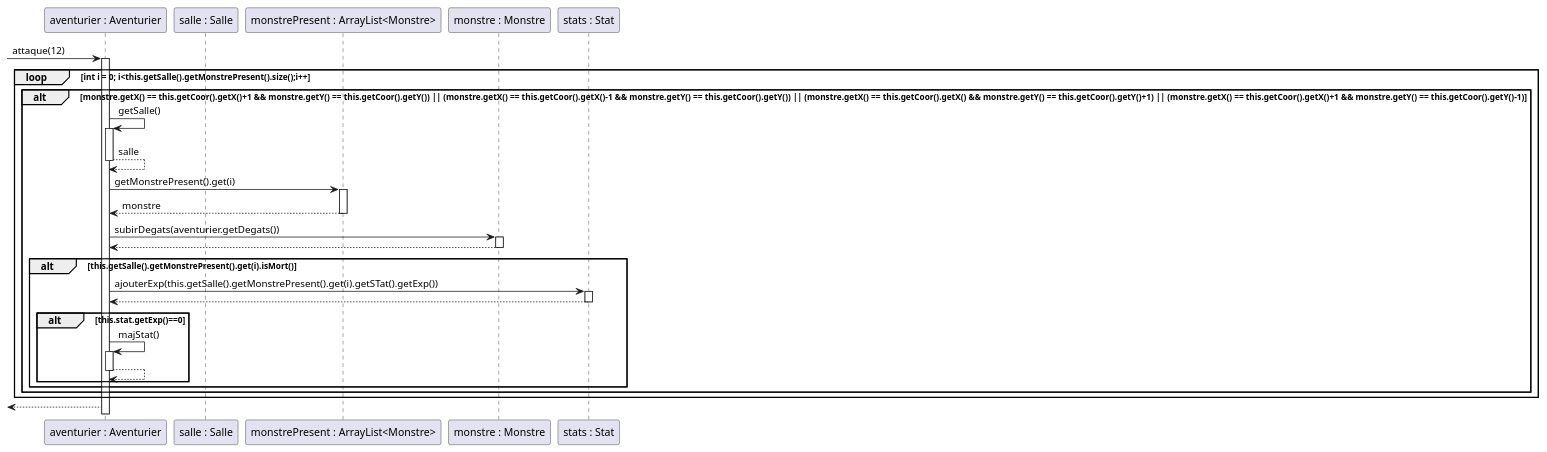
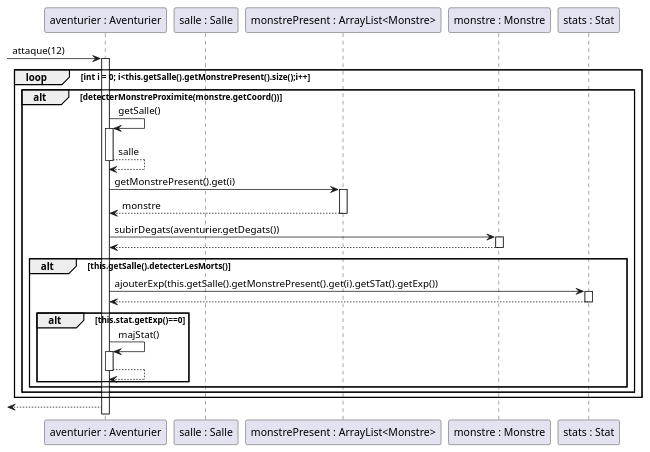
The diagram in projet_zeldiablo/sequence_aventurier_attaque.puml (GeoffroyMuller/2018_COO_Zeldiablo), drawn with PlantUML before and after one commit. The commit also changed 10 other files, not shown here.

Commit message:
Modif de diagramme sequence et refactoring Aventurier

```diff
--- a/projet_zeldiablo/sequence_aventurier_attaque.puml
+++ b/projet_zeldiablo/sequence_aventurier_attaque.puml
@@ -1,41 +1,41 @@
 @startuml
 Participant "aventurier : Aventurier" as a
 Participant "salle : Salle" as s
 Participant "monstrePresent : ArrayList<Monstre>" as listM
 Participant "monstre : Monstre" as m
 Participant "stats : Stat" as sta
 
 ->a : attaque(12)
 loop int i = 0; i<this.getSalle().getMonstrePresent().size();i++
-alt monstre.getX() == this.getCoor().getX()+1 && monstre.getY() == this.getCoor().getY()) || (monstre.getX() == this.getCoor().getX()-1 && monstre.getY() == this.getCoor().getY()) || (monstre.getX() == this.getCoor().getX() && monstre.getY() == this.getCoor().getY()+1) || (monstre.getX() == this.getCoor().getX()+1 && monstre.getY() == this.getCoor().getY()-1)
+alt detecterMonstreProximite(monstre.getCoord())
 activate a
 a->a : getSalle()
 activate a
 a-->a : salle
 deactivate a
 a->listM : getMonstrePresent().get(i)
 activate listM
 listM-->a: monstre
 deactivate listM
 a->m : subirDegats(aventurier.getDegats())
 activate m
 m-->a
 deactivate m
 
-alt this.getSalle().getMonstrePresent().get(i).isMort()
+alt this.getSalle().detecterLesMorts()
 a->sta : ajouterExp(this.getSalle().getMonstrePresent().get(i).getSTat().getExp())
 activate sta
 sta-->a 
 deactivate sta
 alt this.stat.getExp()==0
 a->a : majStat()
 activate a
 a-->a 
 deactivate a
 end
 end
 
 end
 end
 <--a
 @enduml
```
